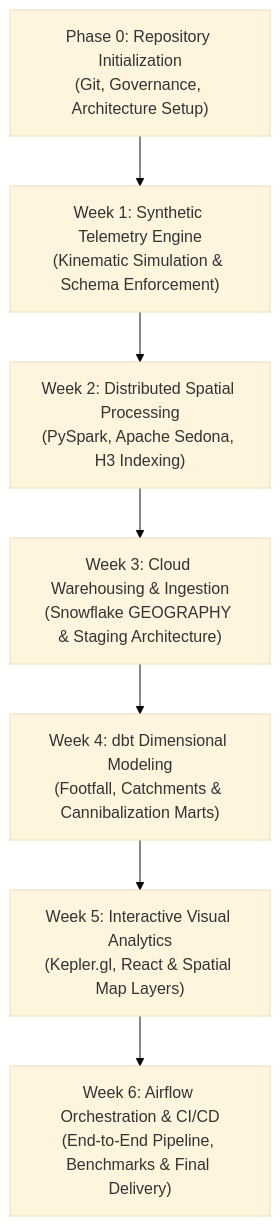
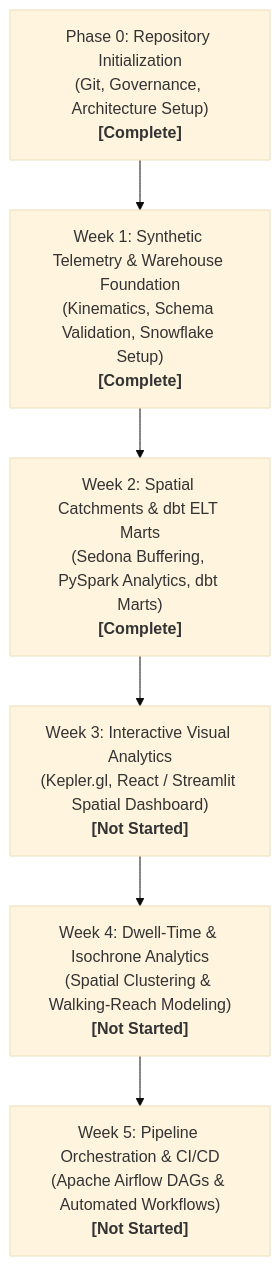
The diagram in docs/PROJECT_CHARTER.md (dileep-songa/geopulse-hyperlocal-retail-mobility-analytics), drawn with Mermaid (base theme) before and after one commit. The commit also changed other lines of this file and 4 other files, not shown here.

````diff
--- a/docs/PROJECT_CHARTER.md
+++ b/docs/PROJECT_CHARTER.md
@@ -140,9 +169,8 @@
 ```mermaid
 flowchart TD
-    W0["Phase 0: Repository Initialization<br/>(Git, Governance, Architecture Setup)"] --> W1["Week 1: Synthetic Telemetry Engine<br/>(Kinematic Simulation & Schema Enforcement)"]
-    W1 --> W2["Week 2: Distributed Spatial Processing<br/>(PySpark, Apache Sedona, H3 Indexing)"]
-    W2 --> W3["Week 3: Cloud Warehousing & Ingestion<br/>(Snowflake GEOGRAPHY & Staging Architecture)"]
-    W3 --> W4["Week 4: dbt Dimensional Modeling<br/>(Footfall, Catchments & Cannibalization Marts)"]
-    W4 --> W5["Week 5: Interactive Visual Analytics<br/>(Kepler.gl, React & Spatial Map Layers)"]
-    W5 --> W6["Week 6: Airflow Orchestration & CI/CD<br/>(End-to-End Pipeline, Benchmarks & Final Delivery)"]
+    W0["Phase 0: Repository Initialization<br/>(Git, Governance, Architecture Setup)<br/><b>[Complete]</b>"] --> W1["Week 1: Synthetic Telemetry & Warehouse Foundation<br/>(Kinematics, Schema Validation, Snowflake Setup)<br/><b>[Complete]</b>"]
+    W1 --> W2["Week 2: Spatial Catchments & dbt ELT Marts<br/>(Sedona Buffering, PySpark Analytics, dbt Marts)<br/><b>[Complete]</b>"]
+    W2 --> W3["Week 3: Interactive Visual Analytics<br/>(Kepler.gl, React / Streamlit Spatial Dashboard)<br/><b>[Not Started]</b>"]
+    W3 --> W4["Week 4: Dwell-Time & Isochrone Analytics<br/>(Spatial Clustering & Walking-Reach Modeling)<br/><b>[Not Started]</b>"]
+    W4 --> W5["Week 5: Pipeline Orchestration & CI/CD<br/>(Apache Airflow DAGs & Automated Workflows)<br/><b>[Not Started]</b>"]
 ```
````
